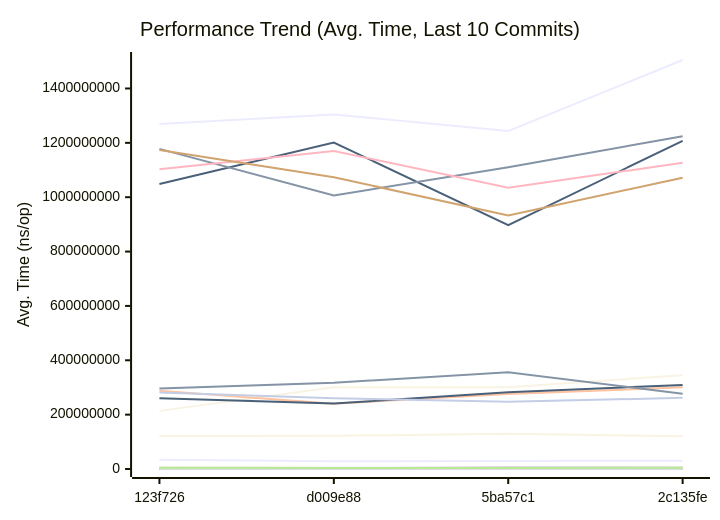
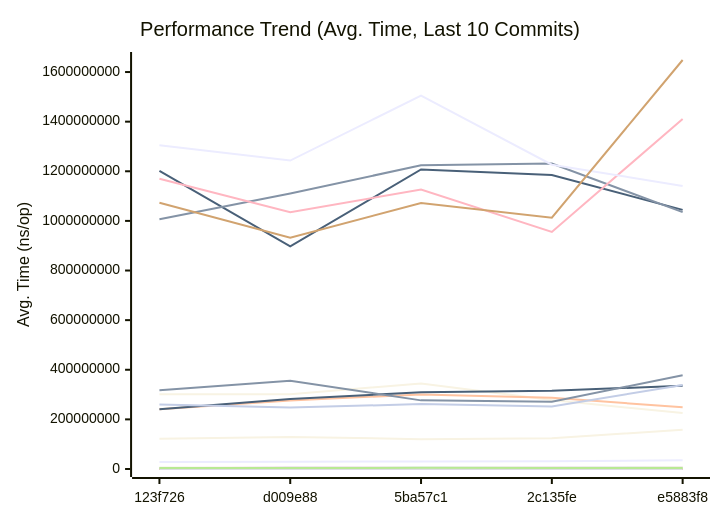
The first of 3 diagrams in docs/PERFORMANCE.md (alsotoes/momo), drawn with Mermaid before and after one commit. The commit also changed other lines of this file and 6 other files, not shown here.

Commit message:
feat: r6-metadata-ha Phase 4 — shard-aware ListObjectsV2 + momofs config (#934)

````diff
--- a/docs/PERFORMANCE.md
+++ b/docs/PERFORMANCE.md
@@ -260,44 +260,44 @@
 ```mermaid
 xychart-beta
     title "Performance Trend (Avg. Time, Last 10 Commits)"
     x-axis "Commit"
     y-axis "Avg. Time (ns/op)"
-    x-axis [123f726,d009e88,5ba57c1,2c135fe]
-    line "AWSChunkedReaderSigned" [541759,554800,615254,528737,564386,758672,413086,397685,535625,618041]
-    line "AWSChunkedReaderUnsigned" [521049,581740,507516,587797,593238,672192,414070,405982,479460,573661]
-    line "CheckMetricsAndSwap" [11,12,11,10,13,15,8,7,10,10]
-    line "CrushOptimized" [522,363,426,455,372,348,300,328,320,458]
-    line "CrushOriginal" [658,647,700,629,670,500,425,443,407,633]
-    line "FormatListObjectsV2XML_AppendFormat" [977381,898486,862695,851540,926975,915187,583023,566690,627648,848928]
-    line "FormatListObjectsV2XML_OldFormat" [565611,503389,497195,517753,571332,678624,365879,366636,408457,535755]
-    line "HashBytes/1MiB" [4315588,3618889,5475294,4458201,5002278,3553145,3949669,3443981,3592333,5110585]
-    line "HashBytes/256MiB" [1048575116,1201286487,897333718,1207294588,1184745180,1044551719,953557308,880098861,925707610,1174333367]
-    line "HashBytes/64MiB" [213869807,301162837,301221390,345018440,277796866,225326458,239330627,209418782,242948441,297766074]
-    line "HashFile/1MiB" [3960989,4760647,3647035,4734519,4310666,4389479,3364281,3842035,3350950,4950193]
-    line "HashFile/256MiB" [1177833636,1006415705,1110450496,1224080744,1231037862,1035601414,793044431,881918242,1015211606,1319192441]
-    line "HashFile/64MiB" [288277413,240359009,275852870,300686574,287252666,248823362,200009250,249484580,207167851,333549904]
-    line "IndexDirectTracking" [0,0,0,1,1,1,0,0,0,1]
-    line "IndexSearch" [2,2,2,2,2,3,2,2,2,2]
-    line "LastModifiedHeader_AppendFormat" [306,291,280,241,335,327,200,185,228,286]
-    line "LastModifiedHeader_Format" [381,345,360,407,375,540,279,262,285,385]
-    line "LoadGlobalConfig" [12955,12190,11396,14415,13002,10458,9205,9952,8921,13356]
-    line "LocalWrite/1MiB" [558337,524282,489792,546231,429345,817681,719361,445767,431598,526423]
-    line "LocalWrite/256MiB" [121311016,122106179,129421555,120328176,124110973,158044809,120298309,94142106,100079806,126435842]
-    line "LocalWrite/64MiB" [33613673,28590856,29289820,30438473,30969681,34833751,27951923,24072639,25874779,32839259]
-    line "PadString" [59,66,60,55,62,58,41,57,53,71]
+    x-axis [123f726,d009e88,5ba57c1,2c135fe,e5883f8]
+    line "AWSChunkedReaderSigned" [554800,615254,528737,564386,758672,413086,397685,535625,618041,521824]
+    line "AWSChunkedReaderUnsigned" [581740,507516,587797,593238,672192,414070,405982,479460,573661,451522]
+    line "CheckMetricsAndSwap" [12,11,10,13,15,8,7,10,10,17]
+    line "CrushOptimized" [363,426,455,372,348,300,328,320,458,539]
+    line "CrushOriginal" [647,700,629,670,500,425,443,407,633,730]
+    line "FormatListObjectsV2XML_AppendFormat" [898486,862695,851540,926975,915187,583023,566690,627648,848928,1046717]
+    line "FormatListObjectsV2XML_OldFormat" [503389,497195,517753,571332,678624,365879,366636,408457,535755,745142]
+    line "HashBytes/1MiB" [3618889,5475294,4458201,5002278,3553145,3949669,3443981,3592333,5110585,4751175]
+    line "HashBytes/256MiB" [1201286487,897333718,1207294588,1184745180,1044551719,953557308,880098861,925707610,1174333367,1221858506]
+    line "HashBytes/64MiB" [301162837,301221390,345018440,277796866,225326458,239330627,209418782,242948441,297766074,317593619]
+    line "HashFile/1MiB" [4760647,3647035,4734519,4310666,4389479,3364281,3842035,3350950,4950193,5129547]
+    line "HashFile/256MiB" [1006415705,1110450496,1224080744,1231037862,1035601414,793044431,881918242,1015211606,1319192441,1310601572]
+    line "HashFile/64MiB" [240359009,275852870,300686574,287252666,248823362,200009250,249484580,207167851,333549904,329592825]
+    line "IndexDirectTracking" [0,0,1,1,1,0,0,0,1,1]
+    line "IndexSearch" [2,2,2,2,3,2,2,2,2,5]
+    line "LastModifiedHeader_AppendFormat" [291,280,241,335,327,200,185,228,286,252]
+    line "LastModifiedHeader_Format" [345,360,407,375,540,279,262,285,385,350]
+    line "LoadGlobalConfig" [12190,11396,14415,13002,10458,9205,9952,8921,13356,14511]
+    line "LocalWrite/1MiB" [524282,489792,546231,429345,817681,719361,445767,431598,526423,795470]
+    line "LocalWrite/256MiB" [122106179,129421555,120328176,124110973,158044809,120298309,94142106,100079806,126435842,151118283]
+    line "LocalWrite/64MiB" [28590856,29289820,30438473,30969681,34833751,27951923,24072639,25874779,32839259,53059327]
+    line "PadString" [66,60,55,62,58,41,57,53,71,49]
     line "ParseReplicationOrder_NoPrealloc" [350,349,357,354,345,225,229,165,232,234]
     line "ParseReplicationOrder_Prealloc" [229,231,237,234,229,108,107,80,110,109]
-    line "Placement" [7086,6141,6119,7125,6310,5825,4876,5168,4621,6718]
-    line "PlacementDomainSpread" [6917,6176,5740,6962,6385,6405,5139,5453,5023,6553]
-    line "ReadVerify/1MiB" [3900770,3383659,5081549,5082713,4903321,6081724,3136229,3798416,3596845,4460850]
-    line "ReadVerify/256MiB" [1103105249,1170100253,1034709963,1126615995,955370931,1411104961,1000738329,803259188,883417974,1244837167]
-    line "ReadVerify/64MiB" [259882135,240879749,282446554,308997294,315121783,335838061,214326196,232435503,273582930,405518693]
-    line "S3PutSpool/1MiB" [5592080,5587762,4022819,5065293,4750326,6562486,3791252,4349655,4494504,5795780]
-    line "S3PutSpool/256MiB" [1269281522,1304442018,1243287804,1504779272,1226604254,1140637754,1085496919,1054828608,1041459785,1474423367]
-    line "S3PutSpool/64MiB" [296132654,317372640,355710496,276642924,271159852,378241377,245496530,292024160,277039985,384356699]
-    line "SanitizeLog/Safe" [309,277,263,246,286,286,227,233,295,361]
-    line "SanitizeLog/Unsafe" [1005,1021,917,915,1036,1495,681,684,922,1091]
-    line "TrustedRead/1MiB" [4655498,3708543,3570428,4694929,4495398,3669866,3527534,3390683,4063744,6459603]
-    line "TrustedRead/256MiB" [1173571296,1073394044,932638111,1071768789,1012880474,1648511504,887056660,864337055,941546678,1440831398]
-    line "TrustedRead/64MiB" [281349472,260468873,247394092,261716002,251602823,338500502,217741152,228835469,245169178,333995810]
+    line "Placement" [6141,6119,7125,6310,5825,4876,5168,4621,6718,8505]
+    line "PlacementDomainSpread" [6176,5740,6962,6385,6405,5139,5453,5023,6553,8563]
+    line "ReadVerify/1MiB" [3383659,5081549,5082713,4903321,6081724,3136229,3798416,3596845,4460850,5088522]
+    line "ReadVerify/256MiB" [1170100253,1034709963,1126615995,955370931,1411104961,1000738329,803259188,883417974,1244837167,1337973310]
+    line "ReadVerify/64MiB" [240879749,282446554,308997294,315121783,335838061,214326196,232435503,273582930,405518693,335223998]
+    line "S3PutSpool/1MiB" [5587762,4022819,5065293,4750326,6562486,3791252,4349655,4494504,5795780,6486611]
+    line "S3PutSpool/256MiB" [1304442018,1243287804,1504779272,1226604254,1140637754,1085496919,1054828608,1041459785,1474423367,1414994967]
+    line "S3PutSpool/64MiB" [317372640,355710496,276642924,271159852,378241377,245496530,292024160,277039985,384356699,395378107]
+    line "SanitizeLog/Safe" [277,263,246,286,286,227,233,295,361,256]
+    line "SanitizeLog/Unsafe" [1021,917,915,1036,1495,681,684,922,1091,801]
+    line "TrustedRead/1MiB" [3708543,3570428,4694929,4495398,3669866,3527534,3390683,4063744,6459603,5688219]
+    line "TrustedRead/256MiB" [1073394044,932638111,1071768789,1012880474,1648511504,887056660,864337055,941546678,1440831398,1532603475]
+    line "TrustedRead/64MiB" [260468873,247394092,261716002,251602823,338500502,217741152,228835469,245169178,333995810,418960245]
 ```
````
